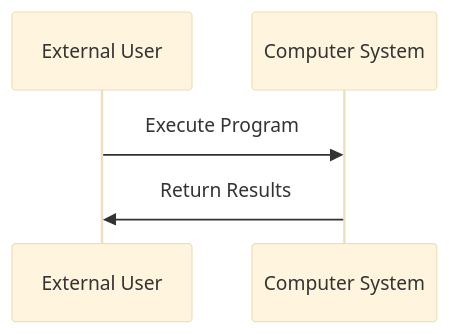
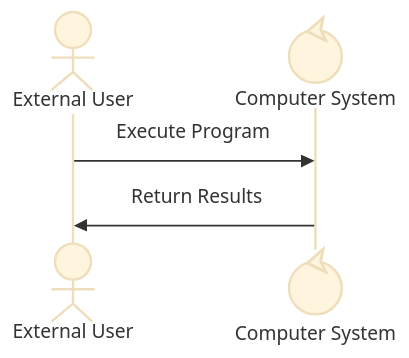
The first of 13 diagrams in OrgDocument/projects/03 - Building Skills Iteration 2/artifacts/Sample Data/hierarchy-examples.md (zhongadamwang/AI_Slowcooker), drawn with Mermaid (base theme) before and after one commit. The commit also changed other lines of this file and 2 other files, not shown here.

````diff
--- a/OrgDocument/projects/03 - Building Skills Iteration 2/artifacts/Sample Data/hierarchy-examples.md
+++ b/OrgDocument/projects/03 - Building Skills Iteration 2/artifacts/Sample Data/hierarchy-examples.md
@@ -13,8 +13,8 @@
 ```mermaid
 sequenceDiagram
-    participant User as External User
-    participant Computer as Computer System
+    participant User@{ "type" : "actor" } as External User
+    participant Computer@{ "type" : "control" } as Computer System
     
     User->>Computer: Execute Program
     Computer->>User: Return Results
 ```
````
